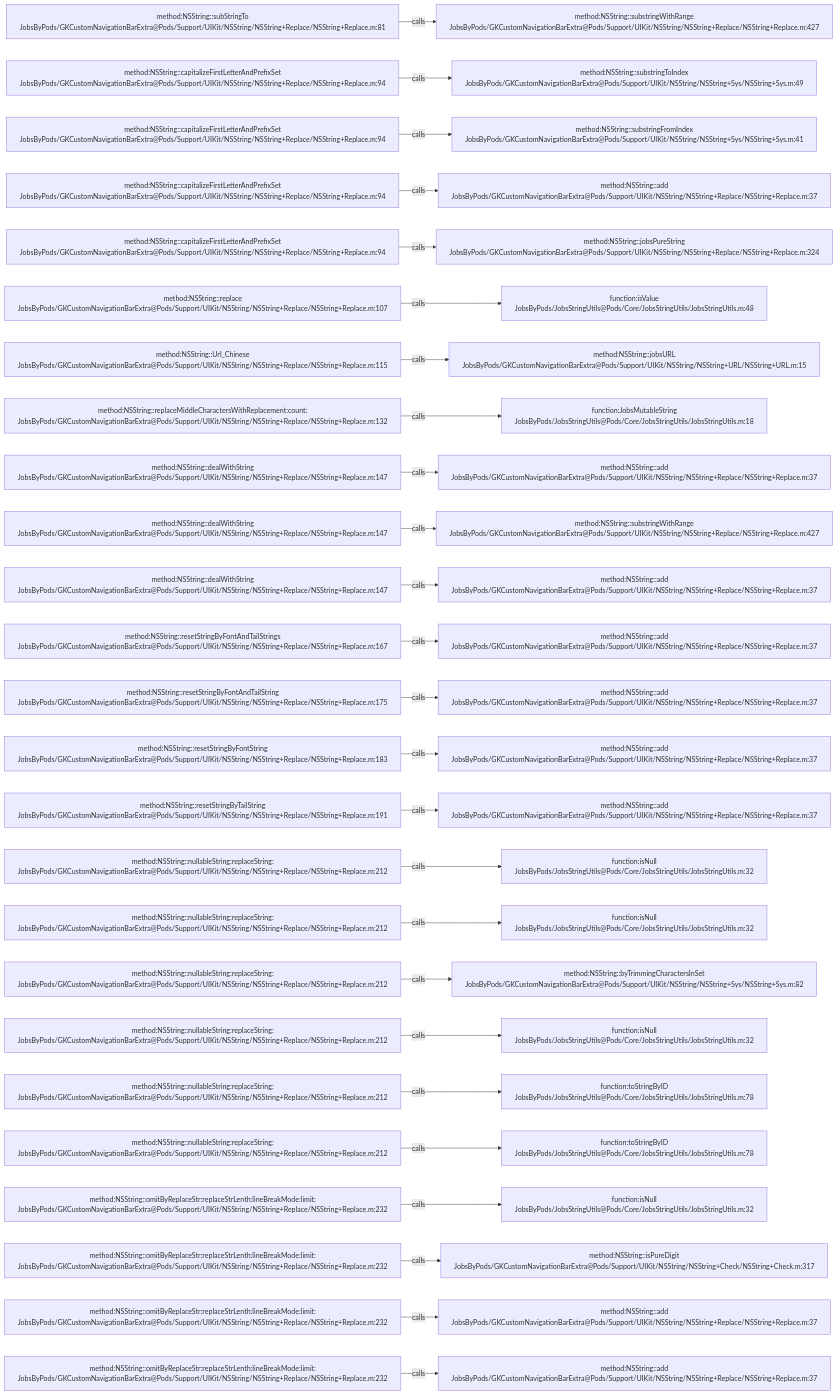
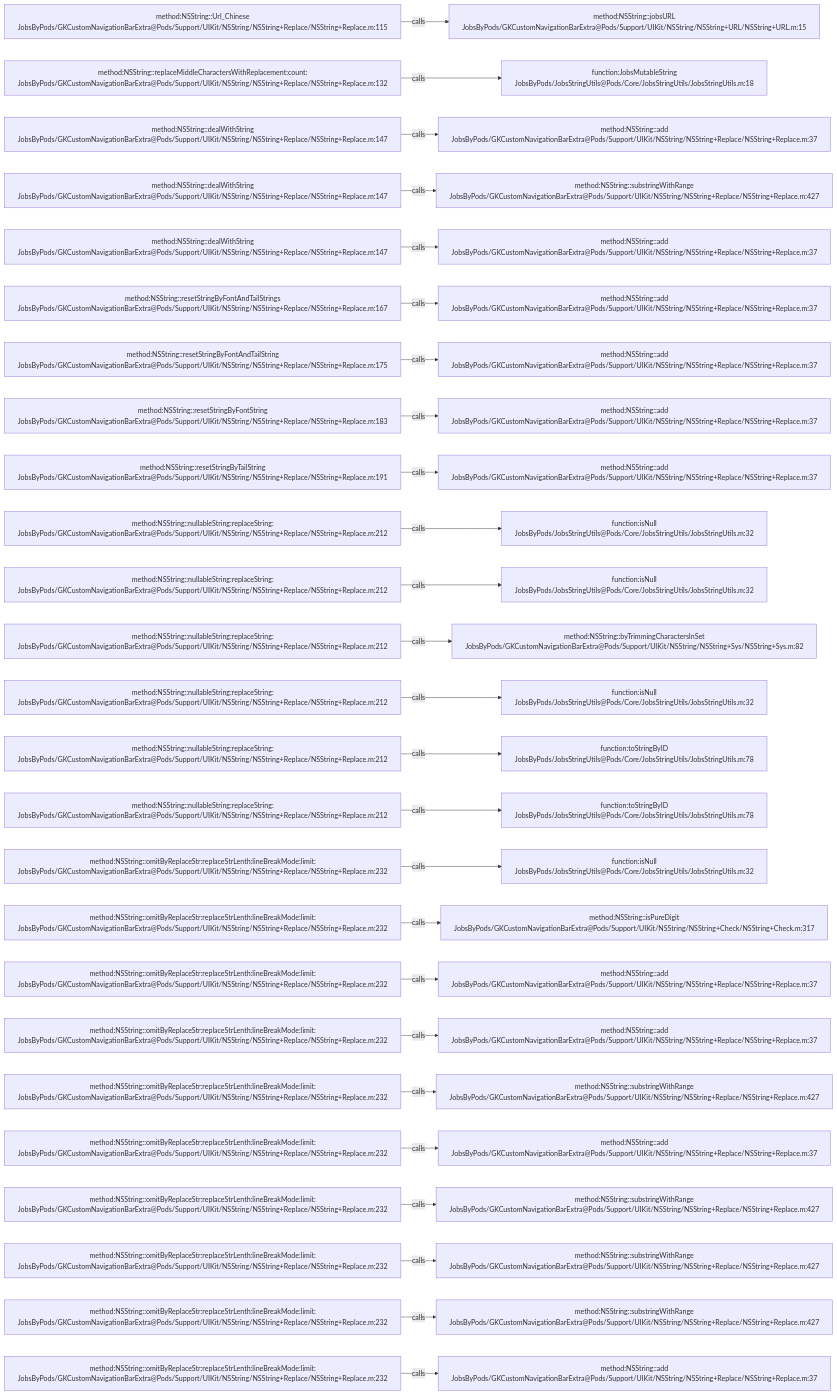
One commit to JobsKits/JobsOCBaseConfigDemo changed the diagram in .codegraph/codegraph.md/graphs/calls-018.md. Above: the diagram before and after it, drawn with Mermaid. The commit also changed 223 other files, not shown here.

````diff
--- a/.codegraph/codegraph.md/graphs/calls-018.md
+++ b/.codegraph/codegraph.md/graphs/calls-018.md
@@ -13,78 +13,78 @@
 ```mermaid
 flowchart LR
-  S1["method:NSString::subStringTo<br/>JobsByPods/GKCustomNavigationBarExtra@Pods/Support/UIKit/NSString/NSString+Replace/NSString+Replace.m:81"]
-  T1["method:NSString::substringWithRange<br/>JobsByPods/GKCustomNavigationBarExtra@Pods/Support/UIKit/NSString/NSString+Replace/NSString+Replace.m:427"]
+  S1["method:NSString::Url_Chinese<br/>JobsByPods/GKCustomNavigationBarExtra@Pods/Support/UIKit/NSString/NSString+Replace/NSString+Replace.m:115"]
+  T1["method:NSString::jobsURL<br/>JobsByPods/GKCustomNavigationBarExtra@Pods/Support/UIKit/NSString/NSString+URL/NSString+URL.m:15"]
   S1 -->|calls| T1
-  S2["method:NSString::capitalizeFirstLetterAndPrefixSet<br/>JobsByPods/GKCustomNavigationBarExtra@Pods/Support/UIKit/NSString/NSString+Replace/NSString+Replace.m:94"]
-  T2["method:NSString::substringToIndex<br/>JobsByPods/GKCustomNavigationBarExtra@Pods/Support/UIKit/NSString/NSString+Sys/NSString+Sys.m:49"]
+  S2["method:NSString::replaceMiddleCharactersWithReplacement:count:<br/>JobsByPods/GKCustomNavigationBarExtra@Pods/Support/UIKit/NSString/NSString+Replace/NSString+Replace.m:132"]
+  T2["function:JobsMutableString<br/>JobsByPods/JobsStringUtils@Pods/Core/JobsStringUtils/JobsStringUtils.m:18"]
   S2 -->|calls| T2
-  S3["method:NSString::capitalizeFirstLetterAndPrefixSet<br/>JobsByPods/GKCustomNavigationBarExtra@Pods/Support/UIKit/NSString/NSString+Replace/NSString+Replace.m:94"]
-  T3["method:NSString::substringFromIndex<br/>JobsByPods/GKCustomNavigationBarExtra@Pods/Support/UIKit/NSString/NSString+Sys/NSString+Sys.m:41"]
+  S3["method:NSString::dealWithString<br/>JobsByPods/GKCustomNavigationBarExtra@Pods/Support/UIKit/NSString/NSString+Replace/NSString+Replace.m:147"]
+  T3["method:NSString::add<br/>JobsByPods/GKCustomNavigationBarExtra@Pods/Support/UIKit/NSString/NSString+Replace/NSString+Replace.m:37"]
   S3 -->|calls| T3
-  S4["method:NSString::capitalizeFirstLetterAndPrefixSet<br/>JobsByPods/GKCustomNavigationBarExtra@Pods/Support/UIKit/NSString/NSString+Replace/NSString+Replace.m:94"]
-  T4["method:NSString::add<br/>JobsByPods/GKCustomNavigationBarExtra@Pods/Support/UIKit/NSString/NSString+Replace/NSString+Replace.m:37"]
+  S4["method:NSString::dealWithString<br/>JobsByPods/GKCustomNavigationBarExtra@Pods/Support/UIKit/NSString/NSString+Replace/NSString+Replace.m:147"]
+  T4["method:NSString::substringWithRange<br/>JobsByPods/GKCustomNavigationBarExtra@Pods/Support/UIKit/NSString/NSString+Replace/NSString+Replace.m:427"]
   S4 -->|calls| T4
-  S5["method:NSString::capitalizeFirstLetterAndPrefixSet<br/>JobsByPods/GKCustomNavigationBarExtra@Pods/Support/UIKit/NSString/NSString+Replace/NSString+Replace.m:94"]
-  T5["method:NSString::jobsPureString<br/>JobsByPods/GKCustomNavigationBarExtra@Pods/Support/UIKit/NSString/NSString+Replace/NSString+Replace.m:324"]
+  S5["method:NSString::dealWithString<br/>JobsByPods/GKCustomNavigationBarExtra@Pods/Support/UIKit/NSString/NSString+Replace/NSString+Replace.m:147"]
+  T5["method:NSString::add<br/>JobsByPods/GKCustomNavigationBarExtra@Pods/Support/UIKit/NSString/NSString+Replace/NSString+Replace.m:37"]
   S5 -->|calls| T5
-  S6["method:NSString::replace<br/>JobsByPods/GKCustomNavigationBarExtra@Pods/Support/UIKit/NSString/NSString+Replace/NSString+Replace.m:107"]
-  T6["function:isValue<br/>JobsByPods/JobsStringUtils@Pods/Core/JobsStringUtils/JobsStringUtils.m:48"]
+  S6["method:NSString::resetStringByFontAndTailStrings<br/>JobsByPods/GKCustomNavigationBarExtra@Pods/Support/UIKit/NSString/NSString+Replace/NSString+Replace.m:167"]
+  T6["method:NSString::add<br/>JobsByPods/GKCustomNavigationBarExtra@Pods/Support/UIKit/NSString/NSString+Replace/NSString+Replace.m:37"]
   S6 -->|calls| T6
-  S7["method:NSString::Url_Chinese<br/>JobsByPods/GKCustomNavigationBarExtra@Pods/Support/UIKit/NSString/NSString+Replace/NSString+Replace.m:115"]
-  T7["method:NSString::jobsURL<br/>JobsByPods/GKCustomNavigationBarExtra@Pods/Support/UIKit/NSString/NSString+URL/NSString+URL.m:15"]
+  S7["method:NSString::resetStringByFontAndTailString<br/>JobsByPods/GKCustomNavigationBarExtra@Pods/Support/UIKit/NSString/NSString+Replace/NSString+Replace.m:175"]
+  T7["method:NSString::add<br/>JobsByPods/GKCustomNavigationBarExtra@Pods/Support/UIKit/NSString/NSString+Replace/NSString+Replace.m:37"]
   S7 -->|calls| T7
-  S8["method:NSString::replaceMiddleCharactersWithReplacement:count:<br/>JobsByPods/GKCustomNavigationBarExtra@Pods/Support/UIKit/NSString/NSString+Replace/NSString+Replace.m:132"]
-  T8["function:JobsMutableString<br/>JobsByPods/JobsStringUtils@Pods/Core/JobsStringUtils/JobsStringUtils.m:18"]
+  S8["method:NSString::resetStringByFontString<br/>JobsByPods/GKCustomNavigationBarExtra@Pods/Support/UIKit/NSString/NSString+Replace/NSString+Replace.m:183"]
+  T8["method:NSString::add<br/>JobsByPods/GKCustomNavigationBarExtra@Pods/Support/UIKit/NSString/NSString+Replace/NSString+Replace.m:37"]
   S8 -->|calls| T8
-  S9["method:NSString::dealWithString<br/>JobsByPods/GKCustomNavigationBarExtra@Pods/Support/UIKit/NSString/NSString+Replace/NSString+Replace.m:147"]
+  S9["method:NSString::resetStringByTailString<br/>JobsByPods/GKCustomNavigationBarExtra@Pods/Support/UIKit/NSString/NSString+Replace/NSString+Replace.m:191"]
   T9["method:NSString::add<br/>JobsByPods/GKCustomNavigationBarExtra@Pods/Support/UIKit/NSString/NSString+Replace/NSString+Replace.m:37"]
   S9 -->|calls| T9
-  S10["method:NSString::dealWithString<br/>JobsByPods/GKCustomNavigationBarExtra@Pods/Support/UIKit/NSString/NSString+Replace/NSString+Replace.m:147"]
-  T10["method:NSString::substringWithRange<br/>JobsByPods/GKCustomNavigationBarExtra@Pods/Support/UIKit/NSString/NSString+Replace/NSString+Replace.m:427"]
+  S10["method:NSString::nullableString:replaceString:<br/>JobsByPods/GKCustomNavigationBarExtra@Pods/Support/UIKit/NSString/NSString+Replace/NSString+Replace.m:212"]
+  T10["function:isNull<br/>JobsByPods/JobsStringUtils@Pods/Core/JobsStringUtils/JobsStringUtils.m:32"]
   S10 -->|calls| T10
-  S11["method:NSString::dealWithString<br/>JobsByPods/GKCustomNavigationBarExtra@Pods/Support/UIKit/NSString/NSString+Replace/NSString+Replace.m:147"]
-  T11["method:NSString::add<br/>JobsByPods/GKCustomNavigationBarExtra@Pods/Support/UIKit/NSString/NSString+Replace/NSString+Replace.m:37"]
+  S11["method:NSString::nullableString:replaceString:<br/>JobsByPods/GKCustomNavigationBarExtra@Pods/Support/UIKit/NSString/NSString+Replace/NSString+Replace.m:212"]
+  T11["function:isNull<br/>JobsByPods/JobsStringUtils@Pods/Core/JobsStringUtils/JobsStringUtils.m:32"]
   S11 -->|calls| T11
-  S12["method:NSString::resetStringByFontAndTailStrings<br/>JobsByPods/GKCustomNavigationBarExtra@Pods/Support/UIKit/NSString/NSString+Replace/NSString+Replace.m:167"]
-  T12["method:NSString::add<br/>JobsByPods/GKCustomNavigationBarExtra@Pods/Support/UIKit/NSString/NSString+Replace/NSString+Replace.m:37"]
+  S12["method:NSString::nullableString:replaceString:<br/>JobsByPods/GKCustomNavigationBarExtra@Pods/Support/UIKit/NSString/NSString+Replace/NSString+Replace.m:212"]
+  T12["method:NSString::byTrimmingCharactersInSet<br/>JobsByPods/GKCustomNavigationBarExtra@Pods/Support/UIKit/NSString/NSString+Sys/NSString+Sys.m:82"]
   S12 -->|calls| T12
-  S13["method:NSString::resetStringByFontAndTailString<br/>JobsByPods/GKCustomNavigationBarExtra@Pods/Support/UIKit/NSString/NSString+Replace/NSString+Replace.m:175"]
-  T13["method:NSString::add<br/>JobsByPods/GKCustomNavigationBarExtra@Pods/Support/UIKit/NSString/NSString+Replace/NSString+Replace.m:37"]
+  S13["method:NSString::nullableString:replaceString:<br/>JobsByPods/GKCustomNavigationBarExtra@Pods/Support/UIKit/NSString/NSString+Replace/NSString+Replace.m:212"]
+  T13["function:isNull<br/>JobsByPods/JobsStringUtils@Pods/Core/JobsStringUtils/JobsStringUtils.m:32"]
   S13 -->|calls| T13
-  S14["method:NSString::resetStringByFontString<br/>JobsByPods/GKCustomNavigationBarExtra@Pods/Support/UIKit/NSString/NSString+Replace/NSString+Replace.m:183"]
-  T14["method:NSString::add<br/>JobsByPods/GKCustomNavigationBarExtra@Pods/Support/UIKit/NSString/NSString+Replace/NSString+Replace.m:37"]
+  S14["method:NSString::nullableString:replaceString:<br/>JobsByPods/GKCustomNavigationBarExtra@Pods/Support/UIKit/NSString/NSString+Replace/NSString+Replace.m:212"]
+  T14["function:toStringByID<br/>JobsByPods/JobsStringUtils@Pods/Core/JobsStringUtils/JobsStringUtils.m:78"]
   S14 -->|calls| T14
-  S15["method:NSString::resetStringByTailString<br/>JobsByPods/GKCustomNavigationBarExtra@Pods/Support/UIKit/NSString/NSString+Replace/NSString+Replace.m:191"]
-  T15["method:NSString::add<br/>JobsByPods/GKCustomNavigationBarExtra@Pods/Support/UIKit/NSString/NSString+Replace/NSString+Replace.m:37"]
+  S15["method:NSString::nullableString:replaceString:<br/>JobsByPods/GKCustomNavigationBarExtra@Pods/Support/UIKit/NSString/NSString+Replace/NSString+Replace.m:212"]
+  T15["function:toStringByID<br/>JobsByPods/JobsStringUtils@Pods/Core/JobsStringUtils/JobsStringUtils.m:78"]
   S15 -->|calls| T15
-  S16["method:NSString::nullableString:replaceString:<br/>JobsByPods/GKCustomNavigationBarExtra@Pods/Support/UIKit/NSString/NSString+Replace/NSString+Replace.m:212"]
+  S16["method:NSString::omitByReplaceStr:replaceStrLenth:lineBreakMode:limit:<br/>JobsByPods/GKCustomNavigationBarExtra@Pods/Support/UIKit/NSString/NSString+Replace/NSString+Replace.m:232"]
   T16["function:isNull<br/>JobsByPods/JobsStringUtils@Pods/Core/JobsStringUtils/JobsStringUtils.m:32"]
   S16 -->|calls| T16
-  S17["method:NSString::nullableString:replaceString:<br/>JobsByPods/GKCustomNavigationBarExtra@Pods/Support/UIKit/NSString/NSString+Replace/NSString+Replace.m:212"]
-  T17["function:isNull<br/>JobsByPods/JobsStringUtils@Pods/Core/JobsStringUtils/JobsStringUtils.m:32"]
+  S17["method:NSString::omitByReplaceStr:replaceStrLenth:lineBreakMode:limit:<br/>JobsByPods/GKCustomNavigationBarExtra@Pods/Support/UIKit/NSString/NSString+Replace/NSString+Replace.m:232"]
+  T17["method:NSString::isPureDigit<br/>JobsByPods/GKCustomNavigationBarExtra@Pods/Support/UIKit/NSString/NSString+Check/NSString+Check.m:317"]
   S17 -->|calls| T17
-  S18["method:NSString::nullableString:replaceString:<br/>JobsByPods/GKCustomNavigationBarExtra@Pods/Support/UIKit/NSString/NSString+Replace/NSString+Replace.m:212"]
-  T18["method:NSString::byTrimmingCharactersInSet<br/>JobsByPods/GKCustomNavigationBarExtra@Pods/Support/UIKit/NSString/NSString+Sys/NSString+Sys.m:82"]
+  S18["method:NSString::omitByReplaceStr:replaceStrLenth:lineBreakMode:limit:<br/>JobsByPods/GKCustomNavigationBarExtra@Pods/Support/UIKit/NSString/NSString+Replace/NSString+Replace.m:232"]
+  T18["method:NSString::add<br/>JobsByPods/GKCustomNavigationBarExtra@Pods/Support/UIKit/NSString/NSString+Replace/NSString+Replace.m:37"]
   S18 -->|calls| T18
-  S19["method:NSString::nullableString:replaceString:<br/>JobsByPods/GKCustomNavigationBarExtra@Pods/Support/UIKit/NSString/NSString+Replace/NSString+Replace.m:212"]
-  T19["function:isNull<br/>JobsByPods/JobsStringUtils@Pods/Core/JobsStringUtils/JobsStringUtils.m:32"]
+  S19["method:NSString::omitByReplaceStr:replaceStrLenth:lineBreakMode:limit:<br/>JobsByPods/GKCustomNavigationBarExtra@Pods/Support/UIKit/NSString/NSString+Replace/NSString+Replace.m:232"]
+  T19["method:NSString::add<br/>JobsByPods/GKCustomNavigationBarExtra@Pods/Support/UIKit/NSString/NSString+Replace/NSString+Replace.m:37"]
   S19 -->|calls| T19
-  S20["method:NSString::nullableString:replaceString:<br/>JobsByPods/GKCustomNavigationBarExtra@Pods/Support/UIKit/NSString/NSString+Replace/NSString+Replace.m:212"]
-  T20["function:toStringByID<br/>JobsByPods/JobsStringUtils@Pods/Core/JobsStringUtils/JobsStringUtils.m:78"]
+  S20["method:NSString::omitByReplaceStr:replaceStrLenth:lineBreakMode:limit:<br/>JobsByPods/GKCustomNavigationBarExtra@Pods/Support/UIKit/NSString/NSString+Replace/NSString+Replace.m:232"]
+  T20["method:NSString::substringWithRange<br/>JobsByPods/GKCustomNavigationBarExtra@Pods/Support/UIKit/NSString/NSString+Replace/NSString+Replace.m:427"]
   S20 -->|calls| T20
-  S21["method:NSString::nullableString:replaceString:<br/>JobsByPods/GKCustomNavigationBarExtra@Pods/Support/UIKit/NSString/NSString+Replace/NSString+Replace.m:212"]
-  T21["function:toStringByID<br/>JobsByPods/JobsStringUtils@Pods/Core/JobsStringUtils/JobsStringUtils.m:78"]
+  S21["method:NSString::omitByReplaceStr:replaceStrLenth:lineBreakMode:limit:<br/>JobsByPods/GKCustomNavigationBarExtra@Pods/Support/UIKit/NSString/NSString+Replace/NSString+Replace.m:232"]
+  T21["method:NSString::add<br/>JobsByPods/GKCustomNavigationBarExtra@Pods/Support/UIKit/NSString/NSString+Replace/NSString+Replace.m:37"]
   S21 -->|calls| T21
   S22["method:NSString::omitByReplaceStr:replaceStrLenth:lineBreakMode:limit:<br/>JobsByPods/GKCustomNavigationBarExtra@Pods/Support/UIKit/NSString/NSString+Replace/NSString+Replace.m:232"]
-  T22["function:isNull<br/>JobsByPods/JobsStringUtils@Pods/Core/JobsStringUtils/JobsStringUtils.m:32"]
+  T22["method:NSString::substringWithRange<br/>JobsByPods/GKCustomNavigationBarExtra@Pods/Support/UIKit/NSString/NSString+Replace/NSString+Replace.m:427"]
   S22 -->|calls| T22
   S23["method:NSString::omitByReplaceStr:replaceStrLenth:lineBreakMode:limit:<br/>JobsByPods/GKCustomNavigationBarExtra@Pods/Support/UIKit/NSString/NSString+Replace/NSString+Replace.m:232"]
-  T23["method:NSString::isPureDigit<br/>JobsByPods/GKCustomNavigationBarExtra@Pods/Support/UIKit/NSString/NSString+Check/NSString+Check.m:317"]
+  T23["method:NSString::substringWithRange<br/>JobsByPods/GKCustomNavigationBarExtra@Pods/Support/UIKit/NSString/NSString+Replace/NSString+Replace.m:427"]
   S23 -->|calls| T23
   S24["method:NSString::omitByReplaceStr:replaceStrLenth:lineBreakMode:limit:<br/>JobsByPods/GKCustomNavigationBarExtra@Pods/Support/UIKit/NSString/NSString+Replace/NSString+Replace.m:232"]
-  T24["method:NSString::add<br/>JobsByPods/GKCustomNavigationBarExtra@Pods/Support/UIKit/NSString/NSString+Replace/NSString+Replace.m:37"]
+  T24["method:NSString::substringWithRange<br/>JobsByPods/GKCustomNavigationBarExtra@Pods/Support/UIKit/NSString/NSString+Replace/NSString+Replace.m:427"]
   S24 -->|calls| T24
   S25["method:NSString::omitByReplaceStr:replaceStrLenth:lineBreakMode:limit:<br/>JobsByPods/GKCustomNavigationBarExtra@Pods/Support/UIKit/NSString/NSString+Replace/NSString+Replace.m:232"]
   T25["method:NSString::add<br/>JobsByPods/GKCustomNavigationBarExtra@Pods/Support/UIKit/NSString/NSString+Replace/NSString+Replace.m:37"]
   S25 -->|calls| T25
 ```
````
